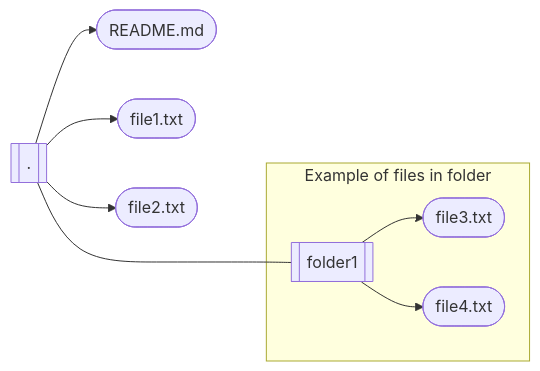
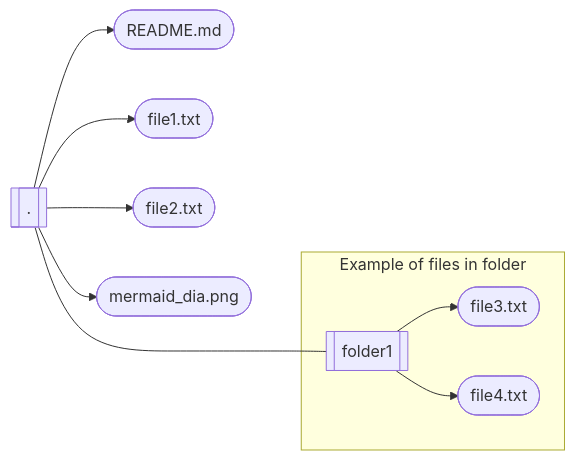
The diagram in bash/README.md (suasuasuasuasua/cs-tips), drawn with Mermaid before and after one commit. The commit also changed other lines of this file and 1 other file, not shown here.

Commit message:
Added mermaid diagram pic

````diff
--- a/bash/README.md
+++ b/bash/README.md
@@ -19,11 +20,12 @@
 ```mermaid
 flowchart LR
   root[[.]] --> 1([README.md])
   root      --> 2([file1.txt])
   root      --> 3([file2.txt])
   root      ---- 4[[folder1]]
   subgraph 4g[Example of files in folder]
     4 --> 41([file3.txt])
     4 --> 42([file4.txt])
   end
+  root --> 5([mermaid_dia.png])
 ```
````
